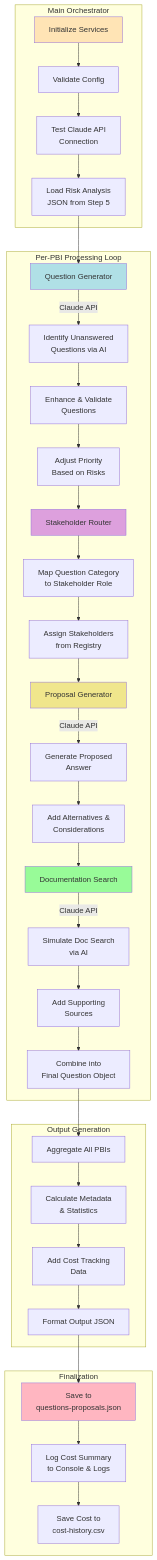
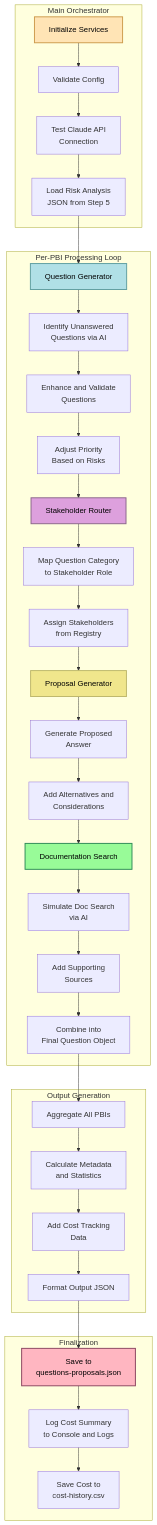
Before and after one commit to ApexChef/backlog-chef: the second of 10 diagrams in poc-step6/docs/architecture-flow.md, drawn with Mermaid. The commit also changed other lines of this file, not shown here.

First line of the commit message:
docs: Improve diagram contrast and readability

````diff
--- a/poc-step6/docs/architecture-flow.md
+++ b/poc-step6/docs/architecture-flow.md
@@ -34,50 +35,50 @@
 ```mermaid
 graph TB
     subgraph "Main Orchestrator"
         Init[Initialize Services] --> Validate[Validate Config]
         Validate --> TestAPI[Test Claude API<br/>Connection]
         TestAPI --> LoadRA[Load Risk Analysis<br/>JSON from Step 5]
     end
 
     subgraph "Per-PBI Processing Loop"
         LoadRA --> QGen[Question Generator]
 
-        QGen -->|Claude API| IdentifyQ[Identify Unanswered<br/>Questions via AI]
-        IdentifyQ --> EnhanceQ[Enhance & Validate<br/>Questions]
+        QGen --> IdentifyQ[Identify Unanswered<br/>Questions via AI]
+        IdentifyQ --> EnhanceQ[Enhance and Validate<br/>Questions]
         EnhanceQ --> AdjustP[Adjust Priority<br/>Based on Risks]
 
         AdjustP --> SRouter[Stakeholder Router]
         SRouter --> MapDomain[Map Question Category<br/>to Stakeholder Role]
         MapDomain --> AssignStake[Assign Stakeholders<br/>from Registry]
 
         AssignStake --> PGen[Proposal Generator]
-        PGen -->|Claude API| GenAnswer[Generate Proposed<br/>Answer]
-        GenAnswer --> AddAlternatives[Add Alternatives &<br/>Considerations]
+        PGen --> GenAnswer[Generate Proposed<br/>Answer]
+        GenAnswer --> AddAlternatives[Add Alternatives and<br/>Considerations]
 
         AddAlternatives --> DocSearch[Documentation Search]
-        DocSearch -->|Claude API| SimSearch[Simulate Doc Search<br/>via AI]
+        DocSearch --> SimSearch[Simulate Doc Search<br/>via AI]
         SimSearch --> AddSources[Add Supporting<br/>Sources]
 
         AddSources --> Combine[Combine into<br/>Final Question Object]
     end
 
     subgraph "Output Generation"
         Combine --> Aggregate[Aggregate All PBIs]
-        Aggregate --> CalcMeta[Calculate Metadata<br/>& Statistics]
+        Aggregate --> CalcMeta[Calculate Metadata<br/>and Statistics]
         CalcMeta --> AddCost[Add Cost Tracking<br/>Data]
         AddCost --> FormatJSON[Format Output JSON]
     end
 
     subgraph "Finalization"
         FormatJSON --> SaveFile[Save to<br/>questions-proposals.json]
-        SaveFile --> LogCost[Log Cost Summary<br/>to Console & Logs]
+        SaveFile --> LogCost[Log Cost Summary<br/>to Console and Logs]
         LogCost --> SaveCSV[Save Cost to<br/>cost-history.csv]
     end
 
-    style Init fill:#FFE4B5
-    style QGen fill:#B0E0E6
-    style SRouter fill:#DDA0DD
-    style PGen fill:#F0E68C
-    style DocSearch fill:#98FB98
-    style SaveFile fill:#FFB6C1
+    style Init fill:#FFE4B5,stroke:#cd9b4d,stroke-width:2px,color:#000
+    style QGen fill:#B0E0E6,stroke:#5f9ea0,stroke-width:2px,color:#000
+    style SRouter fill:#DDA0DD,stroke:#8b668b,stroke-width:2px,color:#000
+    style PGen fill:#F0E68C,stroke:#bdb76b,stroke-width:2px,color:#000
+    style DocSearch fill:#98FB98,stroke:#2e8b57,stroke-width:2px,color:#000
+    style SaveFile fill:#FFB6C1,stroke:#8b4560,stroke-width:2px,color:#000
 ```
````
